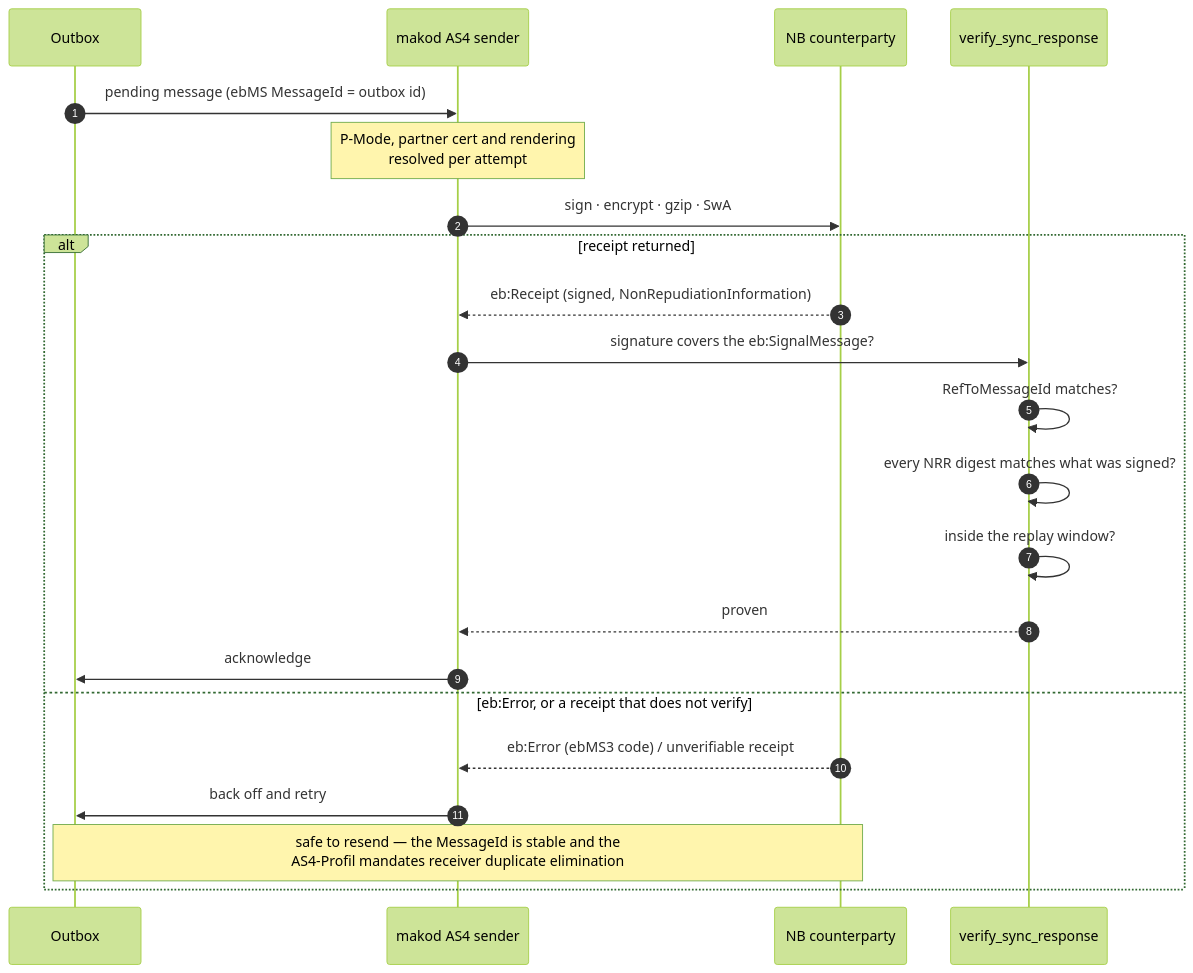
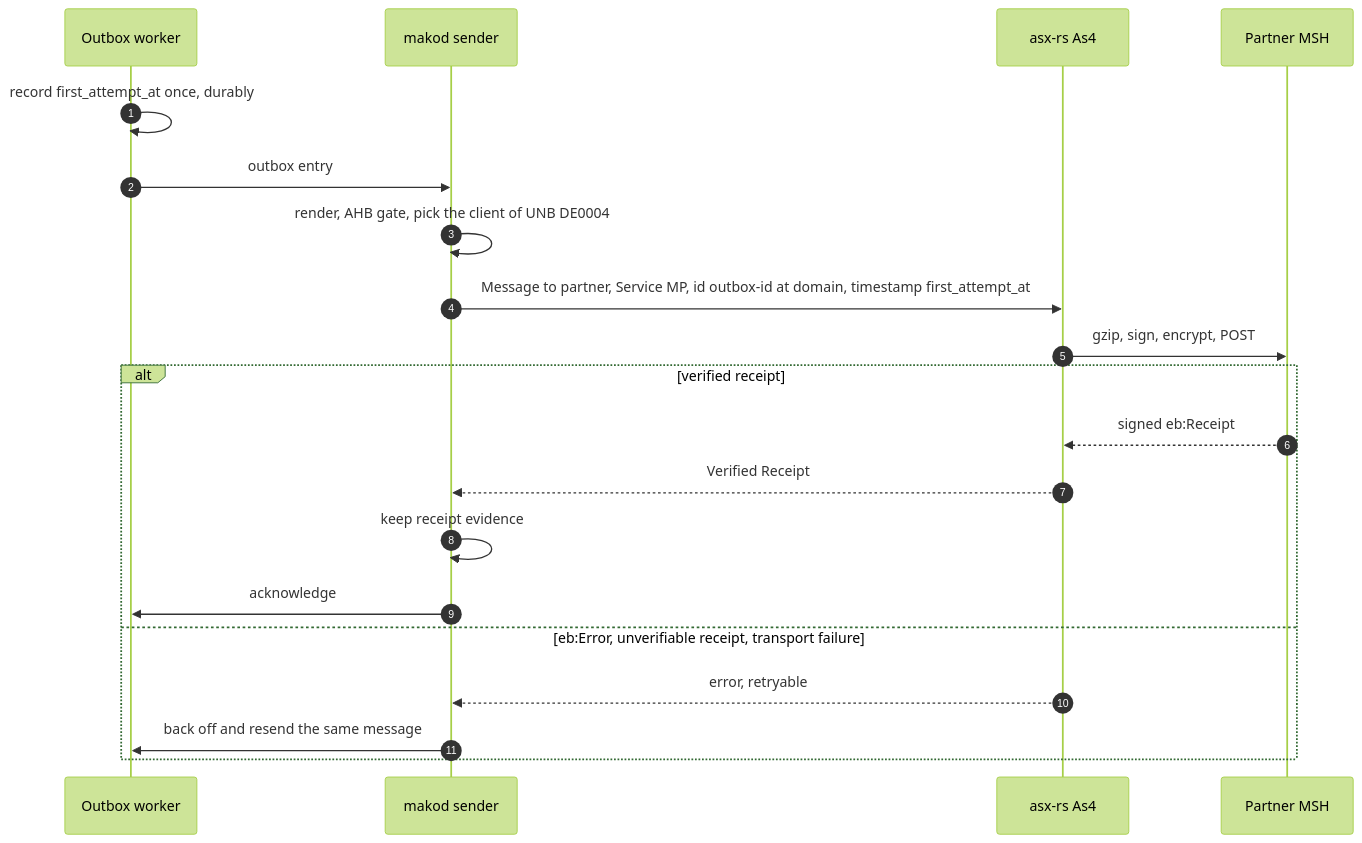
One commit to hupe1980/mako changed the second of 2 diagrams in site/content/docs/reference/as4-bdew.md. Above: the diagram before and after it, drawn with Mermaid (forest theme). The commit also changed other lines of this file and 205 other files, not shown here.

````diff
--- a/site/content/docs/reference/as4-bdew.md
+++ b/site/content/docs/reference/as4-bdew.md
@@ -422,25 +259,23 @@
 ```mermaid
 sequenceDiagram
     autonumber
-    participant OB as Outbox
-    participant makod as makod AS4 sender
-    participant NB as NB counterparty
-    participant V as verify_sync_response
+    participant OB as Outbox worker
+    participant S as makod sender
+    participant ASX as asx-rs As4
+    participant P as Partner MSH
 
-    OB->>makod: pending message (ebMS MessageId = outbox id)
-    Note over makod: P-Mode, partner cert and rendering<br/>resolved per attempt
-    makod->>NB: sign · encrypt · gzip · SwA
-    alt receipt returned
-        NB-->>makod: eb:Receipt (signed, NonRepudiationInformation)
-        makod->>V: signature covers the eb:SignalMessage?
-        V->>V: RefToMessageId matches?
-        V->>V: every NRR digest matches what was signed?
-        V->>V: inside the replay window?
-        V-->>makod: proven
-        makod->>OB: acknowledge
-    else eb:Error, or a receipt that does not verify
-        NB-->>makod: eb:Error (ebMS3 code) / unverifiable receipt
-        makod->>OB: back off and retry
-        Note over OB,NB: safe to resend — the MessageId is stable and the<br/>AS4-Profil mandates receiver duplicate elimination
+    OB->>OB: record first_attempt_at once, durably
+    OB->>S: outbox entry
+    S->>S: render, AHB gate, pick the client of UNB DE0004
+    S->>ASX: Message to partner, Service MP, id outbox-id at domain, timestamp first_attempt_at
+    ASX->>P: gzip, sign, encrypt, POST
+    alt verified receipt
+        P-->>ASX: signed eb:Receipt
+        ASX-->>S: Verified Receipt
+        S->>S: keep receipt evidence
+        S->>OB: acknowledge
+    else eb:Error, unverifiable receipt, transport failure
+        ASX-->>S: error, retryable
+        S->>OB: back off and resend the same message
     end
 ```
````
